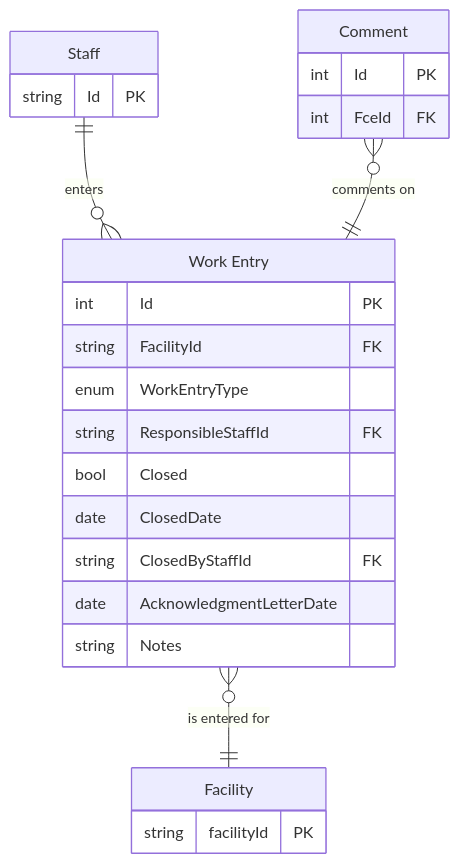
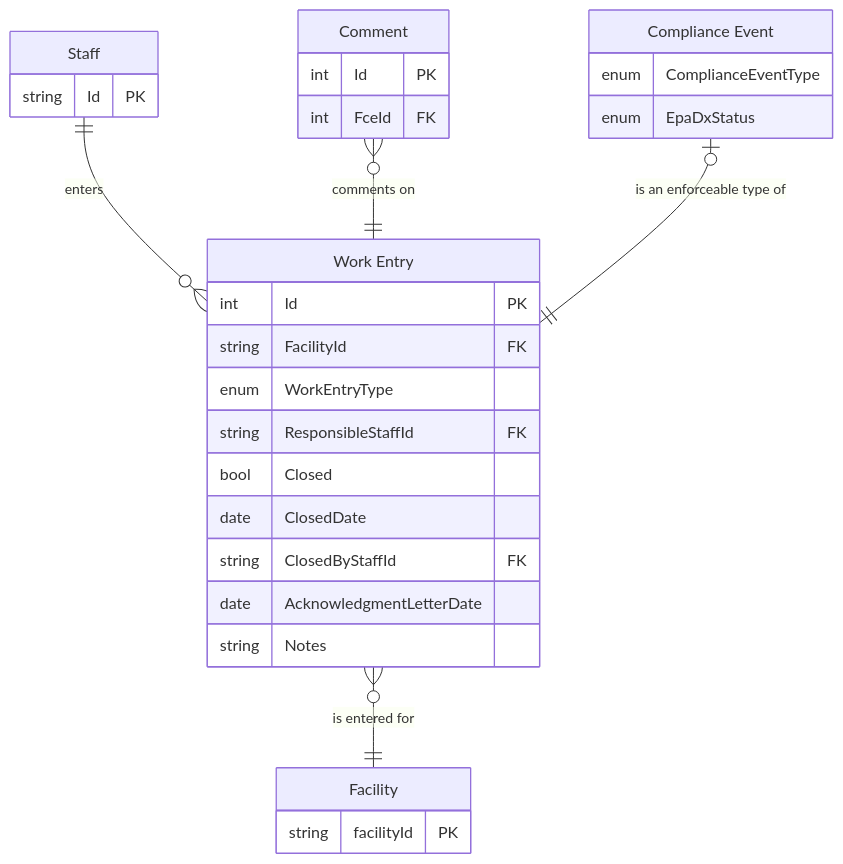
Before and after one commit to gaepdit/air-web: the second of 2 diagrams in docs/Workflows/Work-entries/Work-Entry.md, drawn with Mermaid. The commit also changed other lines of this file and 110 other files, not shown here.

````diff
--- a/docs/Workflows/Work-entries/Work-Entry.md
+++ b/docs/Workflows/Work-entries/Work-Entry.md
@@ -29,32 +50,38 @@
 ```mermaid
 erDiagram
     FAC["Facility"] {
         string facilityId PK
     }
 
     WRK["Work Entry"] {
         int Id PK
         string FacilityId FK
         enum WorkEntryType
         string ResponsibleStaffId FK
         bool Closed
         date ClosedDate
         string ClosedByStaffId FK
         date AcknowledgmentLetterDate
         string Notes
     }
 
     STF["Staff"] {
         string Id PK
     }
 
     CMT["Comment"] {
         int Id PK
         int FceId FK
     }
 
+    CME["Compliance Event"] {
+        enum ComplianceEventType
+        enum EpaDxStatus
+    }
+
     WRK }o--|| FAC: "is entered for"
     STF ||--o{ WRK: "enters"
     CMT }o--|| WRK: "comments on"
+    CME |o--|| WRK: "is an enforceable type of"
 
 ```
````
